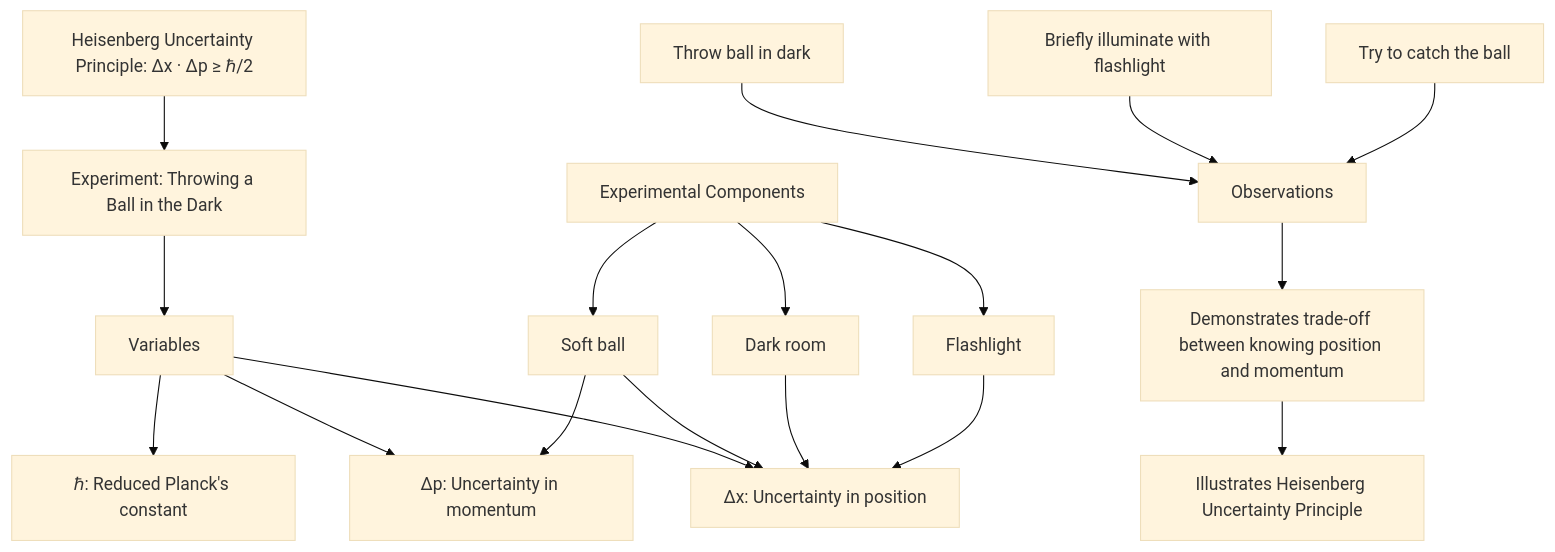
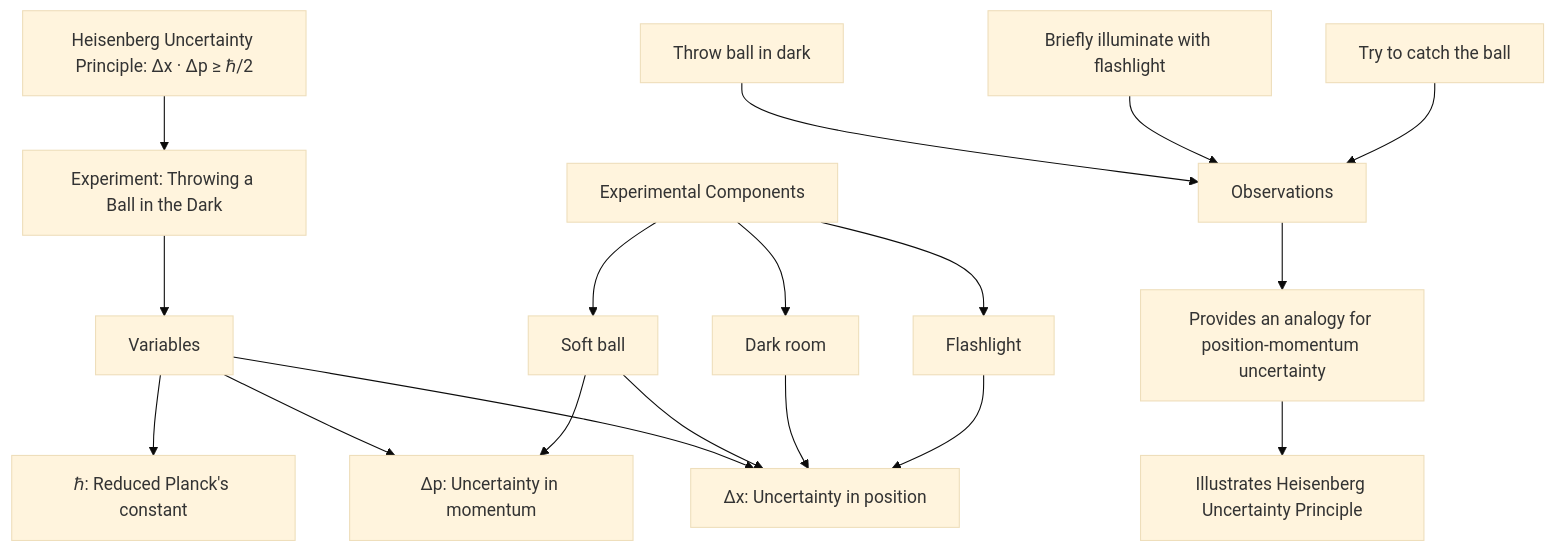
Diagram 23 of 35 in README.md (Josh-XT/math), drawn with Mermaid (base theme) before and after one commit. The commit also changed other lines of this file, not shown here.

````diff
--- a/README.md
+++ b/README.md
@@ -1874,25 +1882,25 @@
 ```mermaid
 graph TD
     A["Heisenberg Uncertainty Principle: Δx · Δp ≥ ℏ/2"] --> B["Experiment: Throwing a Ball in the Dark"]
     B --> C["Variables"]
     C --> D["Δx: Uncertainty in position"]
     C --> E["Δp: Uncertainty in momentum"]
     C --> F["ℏ: Reduced Planck's constant"]
     
     G["Experimental Components"] --> H["Soft ball"]
     G --> I["Dark room"]
     G --> J["Flashlight"]
     
     H --> D
     H --> E
     I --> D
     J --> D
     
     K["Observations"]
     L["Throw ball in dark"] --> K
     M["Briefly illuminate with flashlight"] --> K
     N["Try to catch the ball"] --> K
     
-    K --> O["Demonstrates trade-off between knowing position and momentum"]
+    K --> O["Provides an analogy for position-momentum uncertainty"]
     O --> P["Illustrates Heisenberg Uncertainty Principle"]
 ```
````
